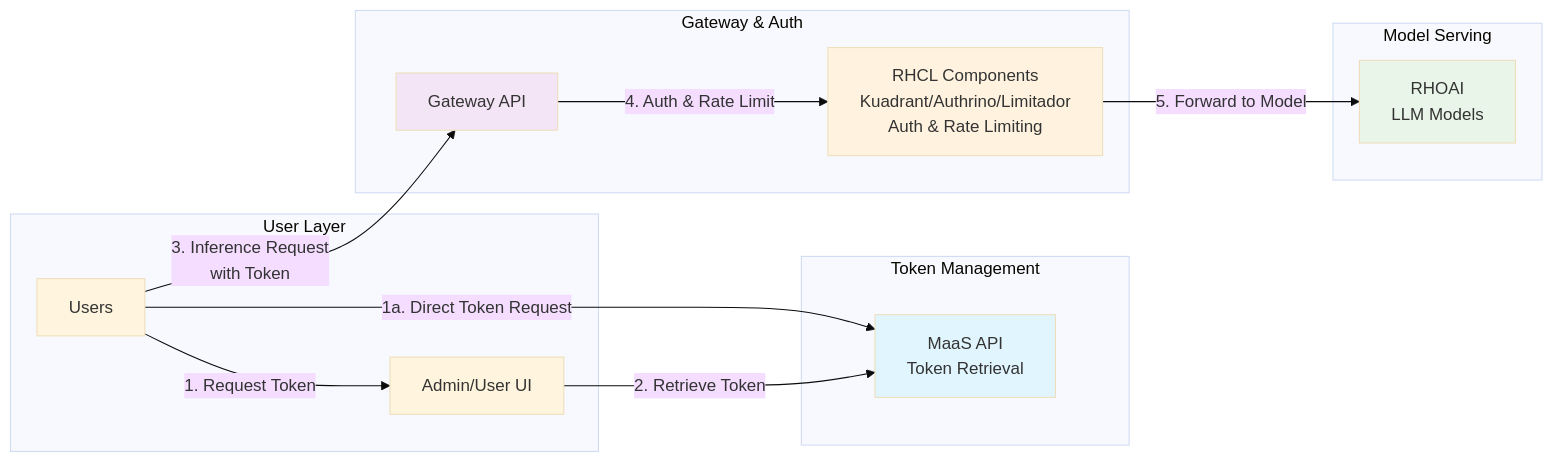
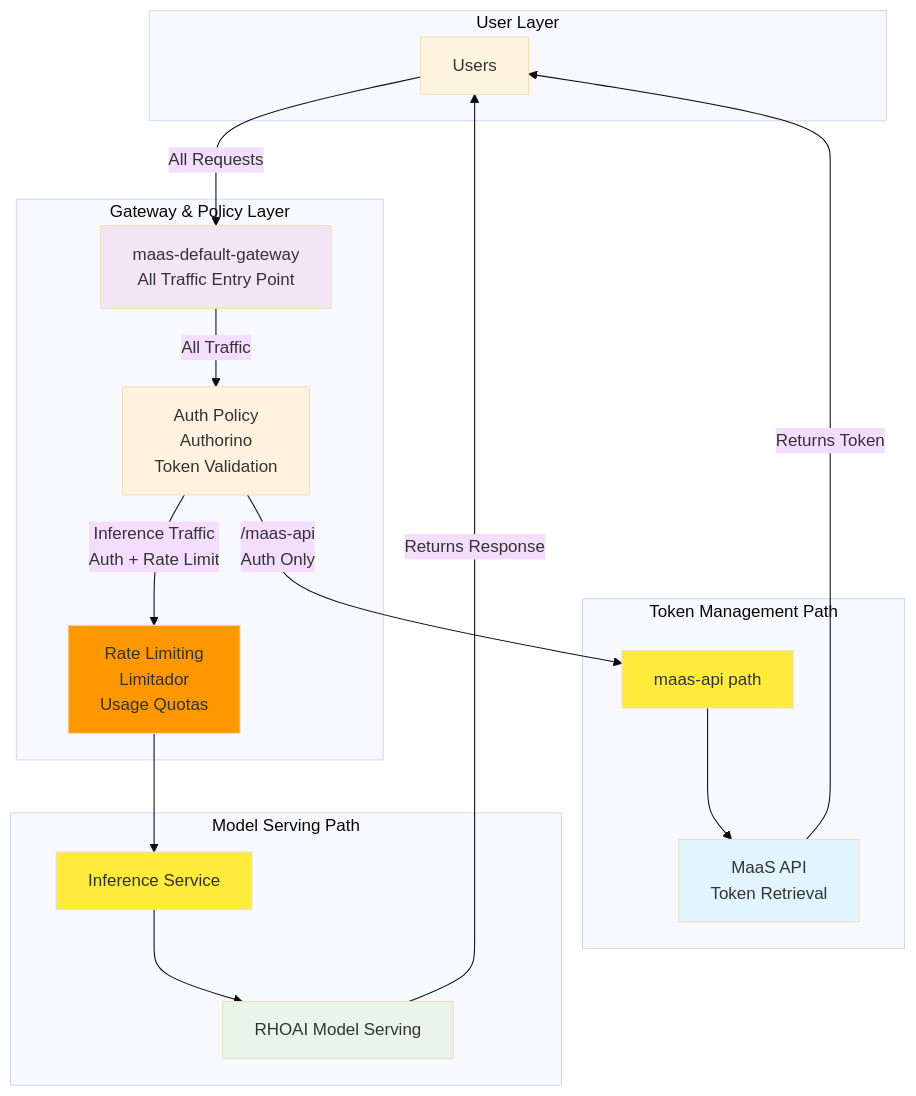
Before and after one commit to opendatahub-io/maas-billing: the first of 5 diagrams in docs/content/architecture.md, drawn with Mermaid (base theme). The commit also changed other lines of this file and 9 other files, not shown here.

````diff
--- a/docs/content/architecture.md
+++ b/docs/content/architecture.md
@@ -13,32 +18,42 @@
 ```mermaid
-graph LR
+graph TB
     subgraph "User Layer"
         User[Users]
-        AdminUI[Admin/User UI]
     end
     
-    subgraph "Token Management"
-        MaaSAPI[MaaS API<br/>Token Retrieval]
+    subgraph "Gateway & Policy Layer"
+        GatewayAPI["maas-default-gateway<br/>All Traffic Entry Point"]
+        AuthPolicy["Auth Policy<br/>Authorino<br/>Token Validation"]
+        RateLimit["Rate Limiting<br/>Limitador<br/>Usage Quotas"]
     end
     
-    subgraph "Gateway & Auth"
-        GatewayAPI[Gateway API]
-        RHCL[RHCL Components<br/>Kuadrant/Authrino/Limitador<br/>Auth & Rate Limiting]
+    subgraph "Token Management Path"
+        PathAPI["maas-api path"]
+        MaaSAPI["MaaS API<br/>Token Retrieval"]
     end
     
-    subgraph "Model Serving"
-        RHOAI[RHOAI<br/>LLM Models]
+    subgraph "Model Serving Path"
+        PathInference["Inference Service"]
+        ModelServing["RHOAI Model Serving"]
     end
     
-    User -->|1. Request Token| AdminUI
-    User -->|1a. Direct Token Request| MaaSAPI
-    AdminUI -->|2. Retrieve Token| MaaSAPI
-    User -->|3. Inference Request<br/>with Token| GatewayAPI
-    GatewayAPI -->|4. Auth & Rate Limit| RHCL
-    RHCL -->|5. Forward to Model| RHOAI
+    User -->|"All Requests"| GatewayAPI
+    GatewayAPI -->|"All Traffic"| AuthPolicy
     
+    AuthPolicy -->|"/maas-api<br/>Auth Only"| PathAPI
+    PathAPI --> MaaSAPI
+    MaaSAPI -->|"Returns Token"| User
+    
+    AuthPolicy -->|"Inference Traffic<br/>Auth + Rate Limit"| RateLimit
+    RateLimit --> PathInference
+    PathInference --> ModelServing
+    ModelServing -->|"Returns Response"| User
+    
+    style GatewayAPI fill:#f3e5f5
+    style AuthPolicy fill:#fff3e0
+    style RateLimit fill:#ff9800
     style MaaSAPI fill:#e1f5fe
-    style GatewayAPI fill:#f3e5f5
-    style RHCL fill:#fff3e0
-    style RHOAI fill:#e8f5e8
+    style ModelServing fill:#e8f5e8
+    style PathAPI fill:#ffeb3b
+    style PathInference fill:#ffeb3b
 ```
````
